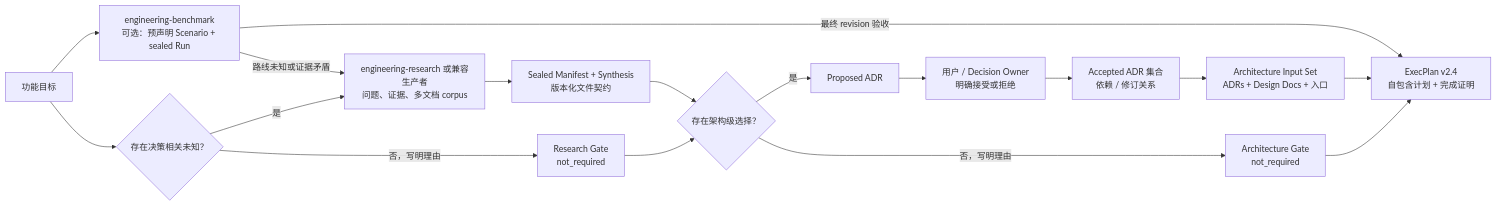
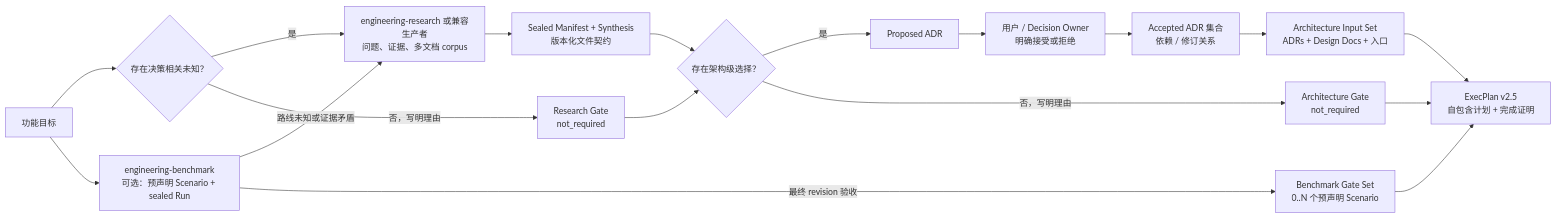
One commit to XiaoWeiKIN/RepoFoundryAI changed the diagram in engineering-execution-plan/SKILL.md. Above: the diagram before and after it, drawn with Mermaid. The commit also changed other lines of this file and 20 other files, not shown here.

Commit message:
feat: gate execplans on benchmark scenarios

````diff
--- a/engineering-execution-plan/SKILL.md
+++ b/engineering-execution-plan/SKILL.md
@@ -14,19 +14,20 @@
 ```mermaid
 flowchart LR
     F["功能目标"] --> Q{"存在决策相关未知？"}
     F --> B["engineering-benchmark<br/>可选：预声明 Scenario + sealed Run"]
     B -->|"路线未知或证据矛盾"| R
-    B -->|"最终 revision 验收"| EP
+    B -->|"最终 revision 验收"| G["Benchmark Gate Set<br/>0..N 个预声明 Scenario"]
     Q -->|"是"| R["engineering-research 或兼容生产者<br/>问题、证据、多文档 corpus"]
     R --> S["Sealed Manifest + Synthesis<br/>版本化文件契约"]
     Q -->|"否，写明理由"| RG["Research Gate<br/>not_required"]
     S --> A{"存在架构级选择？"}
     A -->|"是"| P["Proposed ADR"]
     P --> H["用户 / Decision Owner<br/>明确接受或拒绝"]
     H --> D["Accepted ADR 集合<br/>依赖 / 修订关系"]
     A -->|"否，写明理由"| AG["Architecture Gate<br/>not_required"]
     D --> I["Architecture Input Set<br/>ADRs + Design Docs + 入口"]
-    I --> EP["ExecPlan v2.4<br/>自包含计划 + 完成证明"]
+    I --> EP["ExecPlan v2.5<br/>自包含计划 + 完成证明"]
+    G --> EP
     RG --> A
     AG --> EP
 ```
````
